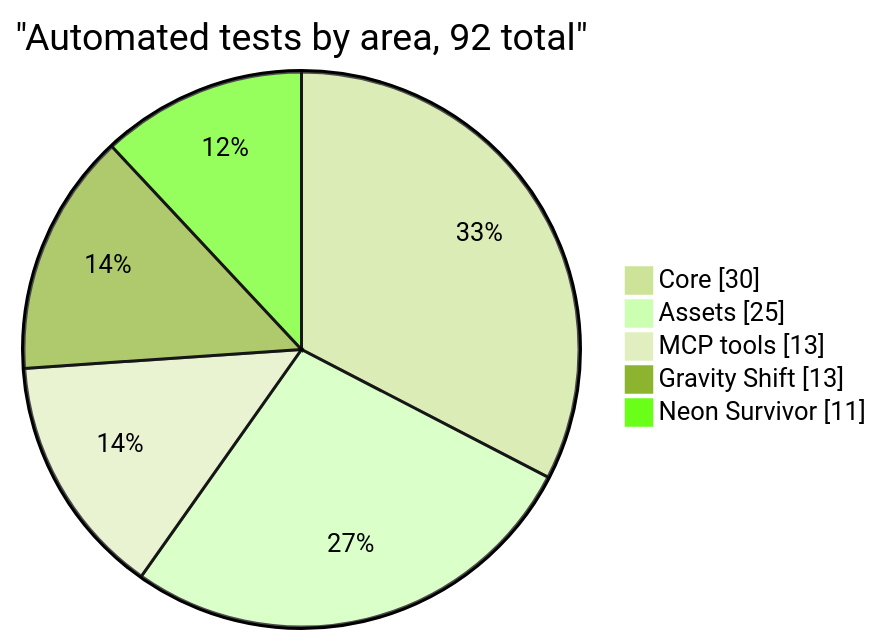
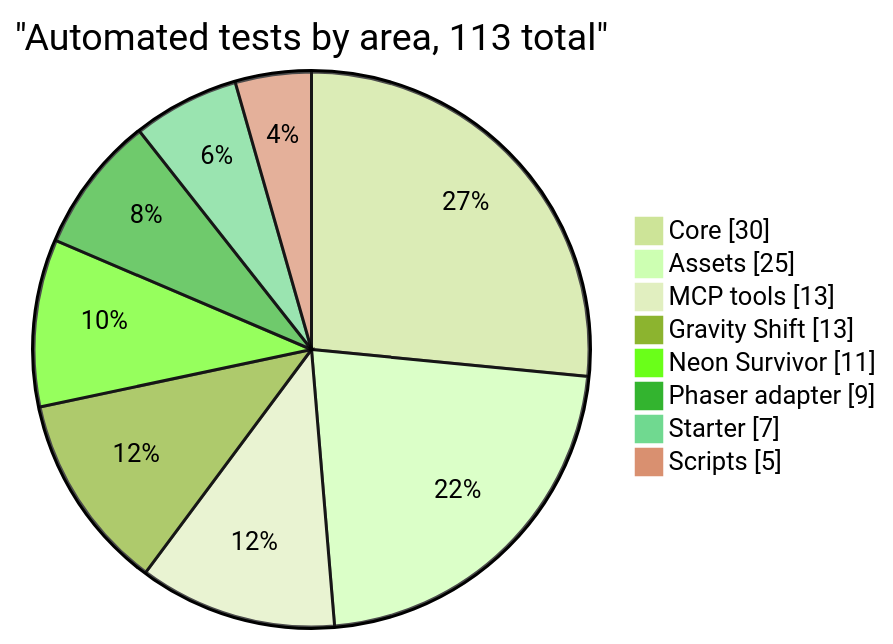
The second of 2 diagrams in docs/BENCHMARKS.md (bala2006/game-dna), drawn with Mermaid (forest theme) before and after one commit. The commit also changed other lines of this file and 8 other files, not shown here.

````diff
--- a/docs/BENCHMARKS.md
+++ b/docs/BENCHMARKS.md
@@ -74,9 +77,12 @@
 ```mermaid
 pie showData
-  title "Automated tests by area, 92 total"
+  title "Automated tests by area, 113 total"
   "Core" : 30
   "Assets" : 25
   "MCP tools" : 13
   "Gravity Shift" : 13
   "Neon Survivor" : 11
+  "Phaser adapter" : 9
+  "Starter" : 7
+  "Scripts" : 5
 ```
````
